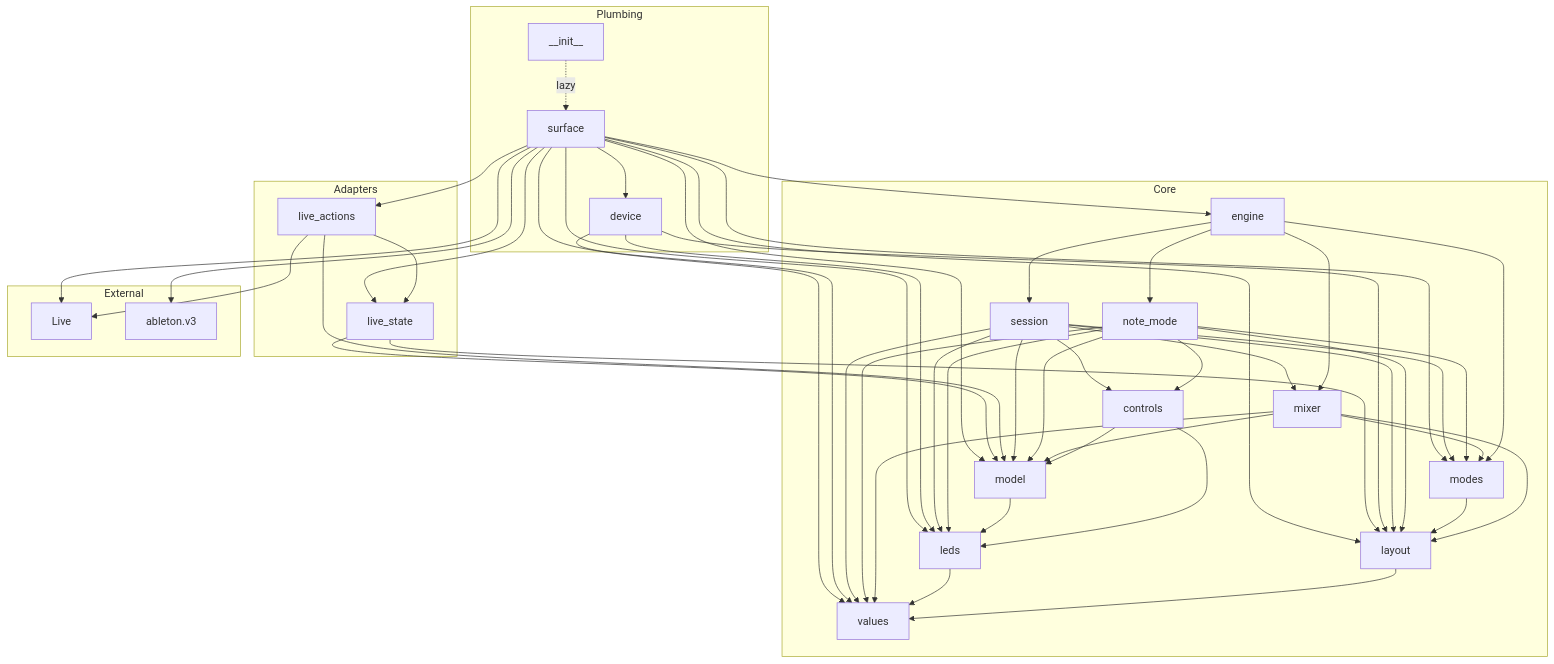
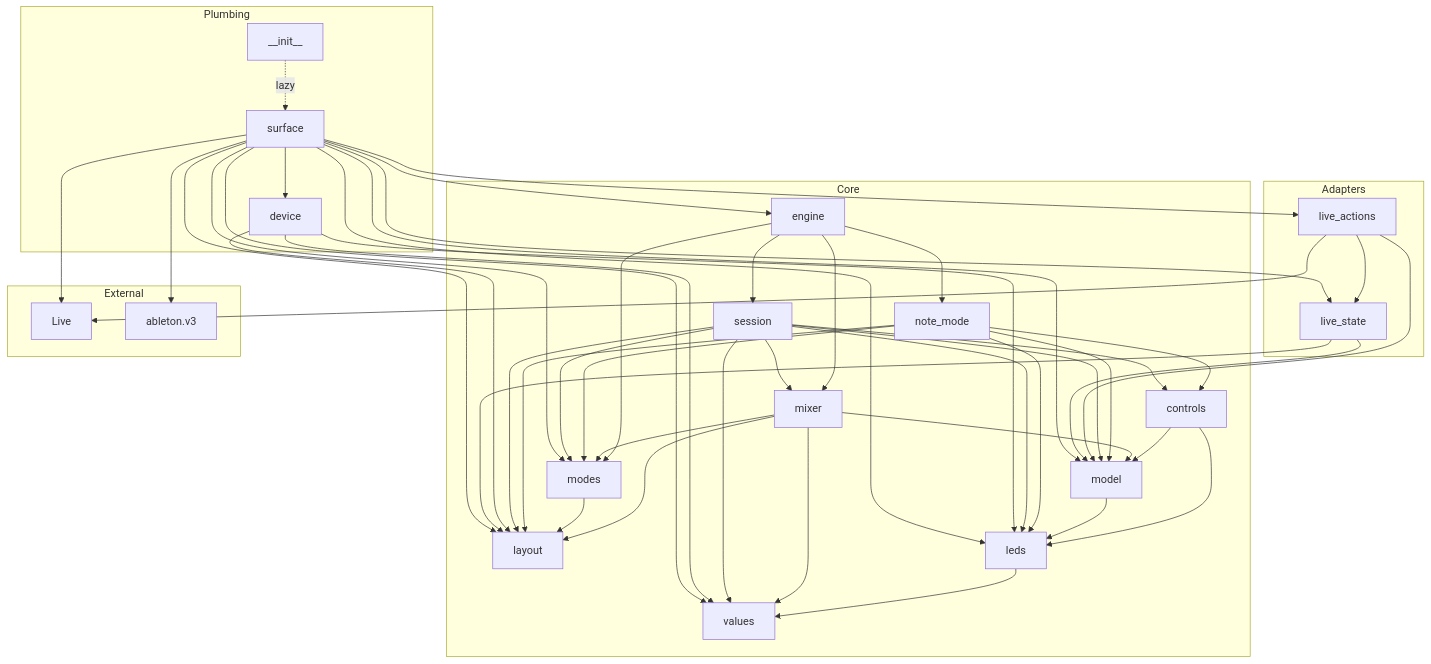
Before and after one commit to ianbleaker/bleakloop-linnstrument: the fourth of 8 diagrams in docs/architecture.md, drawn with Mermaid. The commit also changed other lines of this file and 12 other files, not shown here.

````diff
--- a/docs/architecture.md
+++ b/docs/architecture.md
@@ -176,75 +176,73 @@
 ```mermaid
 flowchart TD
   subgraph Plumbing
     __init__["__init__"]
     device["device"]
     surface["surface"]
   end
   subgraph Adapters
     live_actions["live_actions"]
     live_state["live_state"]
   end
   subgraph Core
     core_controls["controls"]
     core_engine["engine"]
     core_layout["layout"]
     core_leds["leds"]
     core_mixer["mixer"]
     core_model["model"]
     core_modes["modes"]
     core_note_mode["note_mode"]
     core_session["session"]
     core_values["values"]
   end
   subgraph External
     Live["Live"]
     ableton_v3["ableton.v3"]
   end
   __init__ -.->|lazy| surface
   core_controls --> core_leds
   core_controls --> core_model
   core_engine --> core_mixer
   core_engine --> core_modes
   core_engine --> core_note_mode
   core_engine --> core_session
-  core_layout --> core_values
   core_leds --> core_values
   core_mixer --> core_layout
   core_mixer --> core_model
   core_mixer --> core_modes
   core_mixer --> core_values
   core_model --> core_leds
   core_modes --> core_layout
   core_note_mode --> core_controls
   core_note_mode --> core_layout
   core_note_mode --> core_leds
   core_note_mode --> core_model
   core_note_mode --> core_modes
-  core_note_mode --> core_values
   core_session --> core_controls
   core_session --> core_layout
   core_session --> core_leds
   core_session --> core_mixer
   core_session --> core_model
   core_session --> core_modes
   core_session --> core_values
   device --> core_layout
   device --> core_leds
   device --> core_values
   live_actions --> Live
   live_actions --> core_model
   live_actions --> live_state
   live_state --> core_layout
   live_state --> core_model
   surface --> Live
   surface --> ableton_v3
   surface --> core_engine
   surface --> core_layout
   surface --> core_leds
   surface --> core_model
   surface --> core_modes
   surface --> core_values
   surface --> device
   surface --> live_actions
   surface --> live_state
 ```
````
